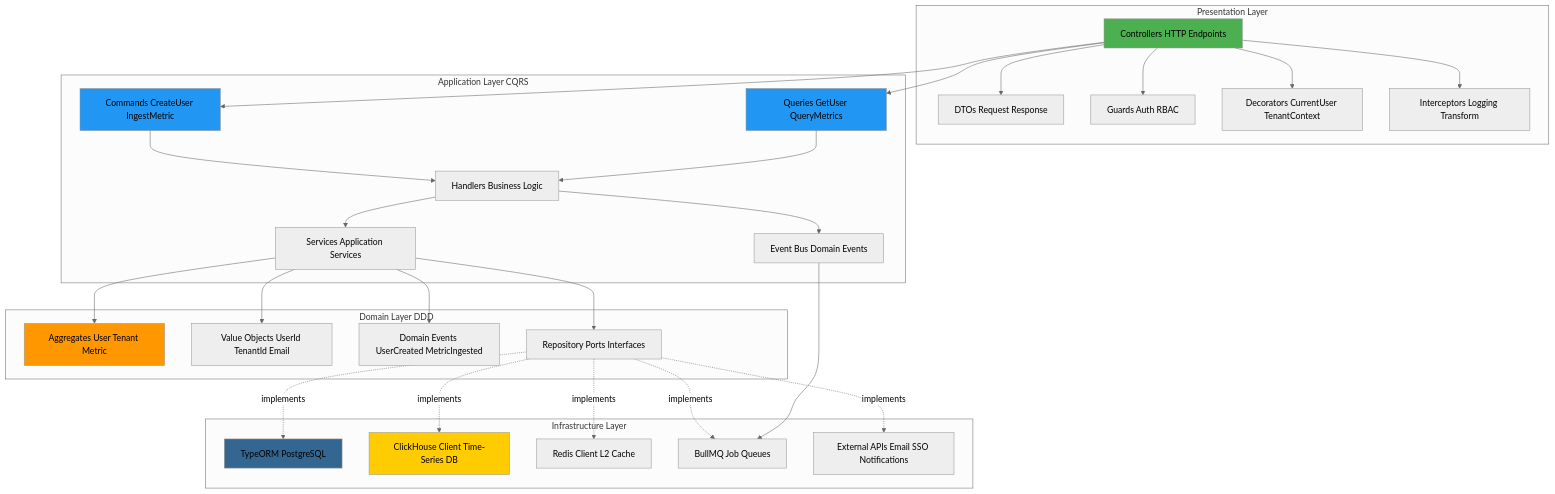
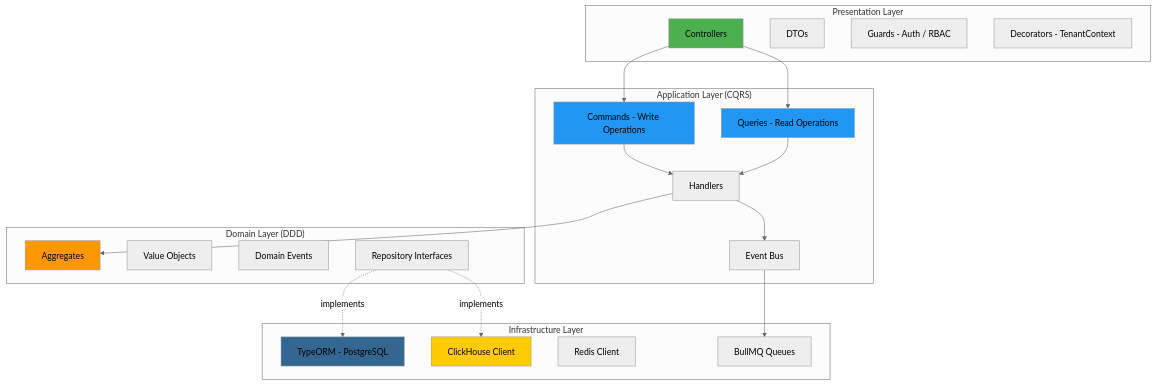
One commit to telemetryflow/telemetryflow-overview changed the tenth of 12 diagrams in README.md. Above: the diagram before and after it, drawn with Mermaid (neutral theme). The commit also changed other lines of this file and 68 other files, not shown here.

````diff
--- a/README.md
+++ b/README.md
@@ -611,65 +643,47 @@
 ```mermaid
 graph TD
     subgraph "Presentation Layer"
-        CTRL[Controllers HTTP Endpoints]
-        DTO[DTOs Request Response]
-        GUARD[Guards Auth RBAC]
-        DEC[Decorators CurrentUser TenantContext]
-        INT[Interceptors Logging Transform]
+        CTRL[Controllers]
+        DTO[DTOs]
+        GUARD[Guards - Auth / RBAC]
+        DEC[Decorators - TenantContext]
     end
 
-    subgraph "Application Layer CQRS"
-        CMD[Commands CreateUser IngestMetric]
-        QRY[Queries GetUser QueryMetrics]
-        HANDLER[Handlers Business Logic]
-        SVC[Services Application Services]
-        EVENT[Event Bus Domain Events]
+    subgraph "Application Layer (CQRS)"
+        CMD[Commands - Write Operations]
+        QRY[Queries - Read Operations]
+        HANDLER[Handlers]
+        EVENT[Event Bus]
     end
 
-    subgraph "Domain Layer DDD"
-        AGG[Aggregates User Tenant Metric]
-        VO[Value Objects UserId TenantId Email]
-        DEVT[Domain Events UserCreated MetricIngested]
-        PORT[Repository Ports Interfaces]
+    subgraph "Domain Layer (DDD)"
+        AGG[Aggregates]
+        VO[Value Objects]
+        DEVT[Domain Events]
+        PORT[Repository Interfaces]
     end
 
     subgraph "Infrastructure Layer"
-        ORM[TypeORM PostgreSQL]
-        CH_SVC[ClickHouse Client Time-Series DB]
-        CACHE[Redis Client L2 Cache]
-        QUEUE_SVC[BullMQ Job Queues]
-        EXT[External APIs Email SSO Notifications]
+        ORM[TypeORM - PostgreSQL]
+        CH_SVC[ClickHouse Client]
+        CACHE[Redis Client]
+        QUEUE_SVC[BullMQ Queues]
     end
 
-    CTRL --> DTO
-    CTRL --> GUARD
-    CTRL --> DEC
-    CTRL --> INT
     CTRL --> CMD
     CTRL --> QRY
-
     CMD --> HANDLER
     QRY --> HANDLER
-    HANDLER --> SVC
+    HANDLER --> AGG
     HANDLER --> EVENT
-
-    SVC --> AGG
-    SVC --> VO
-    SVC --> DEVT
-    SVC --> PORT
-
-    PORT -.implements.-> ORM
-    PORT -.implements.-> CH_SVC
-    PORT -.implements.-> CACHE
-    PORT -.implements.-> QUEUE_SVC
-    PORT -.implements.-> EXT
-
+    PORT -.->|"implements"| ORM
+    PORT -.->|"implements"| CH_SVC
     EVENT --> QUEUE_SVC
 
     style CTRL fill:#4CAF50
     style CMD fill:#2196F3
     style QRY fill:#2196F3
     style AGG fill:#FF9800
     style ORM fill:#336791
     style CH_SVC fill:#ffcc01
 ```
````
